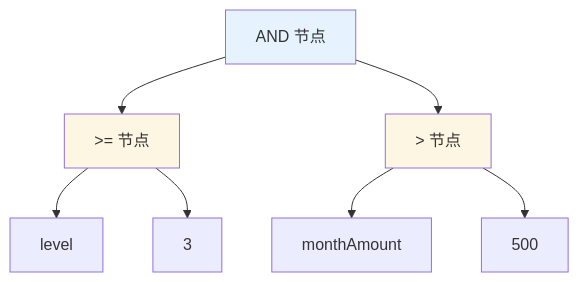
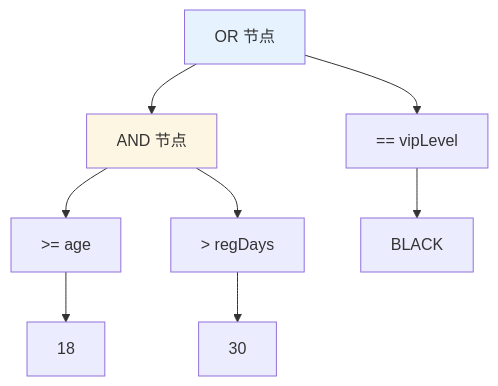
The second of 8 diagrams in docs/08.编程/03.巧学设计模式/23.解释器模式设计思想.md (chongyang211/YCBookBlog), drawn with Mermaid before and after one commit. The commit also changed other lines of this file and 13 other files, not shown here.

````diff
--- a/docs/08.编程/03.巧学设计模式/23.解释器模式设计思想.md
+++ b/docs/08.编程/03.巧学设计模式/23.解释器模式设计思想.md
@@ -101,19 +133,14 @@
 ```mermaid
 flowchart TD
+    OR[OR 节点]
     AND[AND 节点]
-    GE1[>= 节点]
-    L[level]
-    C3[3]
-    GT[> 节点]
-    M[monthAmount]
-    C500[500]
+    GE1[>= age] --> V1[18]
+    GE2[> regDays] --> V2[30]
+    EQ[== vipLevel] --> V3[BLACK]
+    OR --> AND
+    OR --> EQ
     AND --> GE1
-    AND --> GT
-    GE1 --> L
-    GE1 --> C3
-    GT --> M
-    GT --> C500
-    style AND fill:#e6f3ff
-    style GE1 fill:#fdf6e3
-    style GT fill:#fdf6e3
+    AND --> GE2
+    style OR fill:#e6f3ff
+    style AND fill:#fdf6e3
 ```
````
